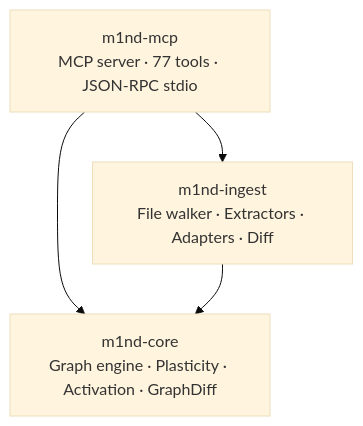
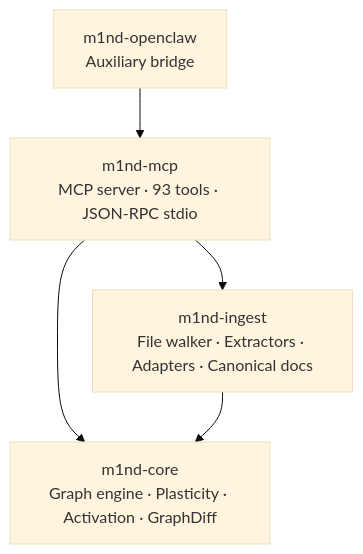
The first of 3 diagrams in .github/wiki/Architecture.md (maxkle1nz/m1nd), drawn with Mermaid (base theme) before and after one commit. The commit also changed other lines of this file and 12 other files, not shown here.

````diff
--- a/.github/wiki/Architecture.md
+++ b/.github/wiki/Architecture.md
@@ -17,10 +18,12 @@
 ```mermaid
 graph TD
-    MCP[m1nd-mcp<br/>MCP server · 77 tools · JSON-RPC stdio]
-    INGEST[m1nd-ingest<br/>File walker · Extractors · Adapters · Diff]
+    MCP[m1nd-mcp<br/>MCP server · 93 tools · JSON-RPC stdio]
+    INGEST[m1nd-ingest<br/>File walker · Extractors · Adapters · Canonical docs]
     CORE[m1nd-core<br/>Graph engine · Plasticity · Activation · GraphDiff]
+    OPENCLAW[m1nd-openclaw<br/>Auxiliary bridge]
 
     MCP --> INGEST
     MCP --> CORE
     INGEST --> CORE
+    OPENCLAW --> MCP
 ```
````
